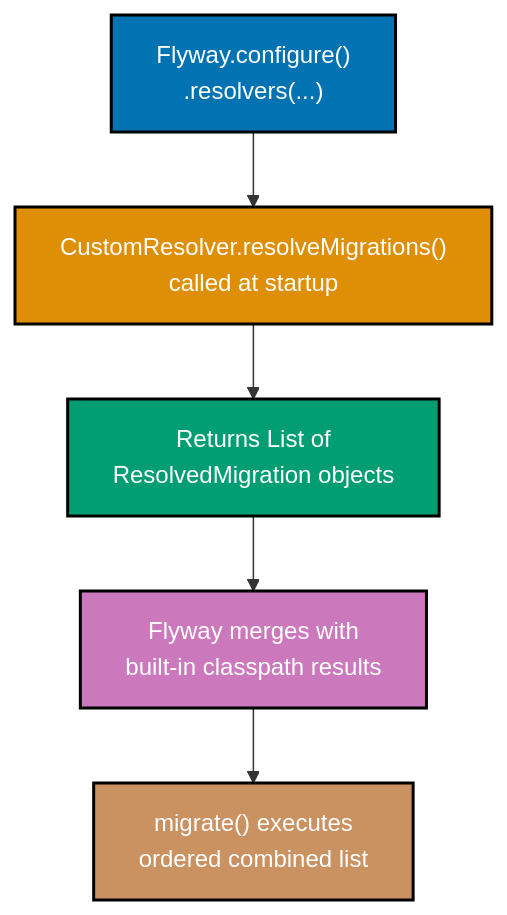
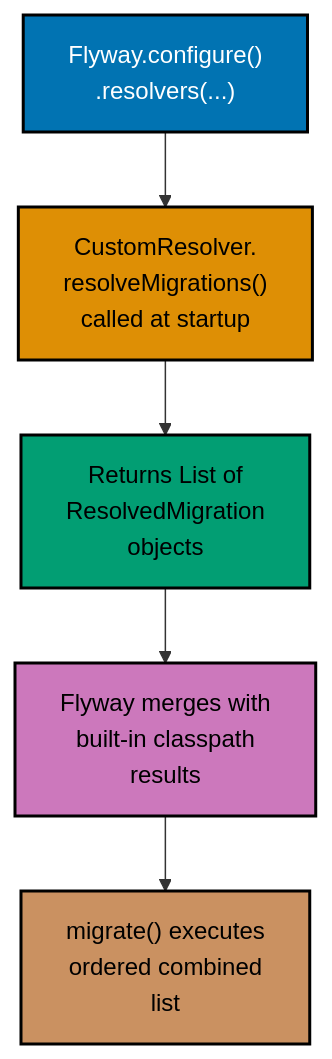
One commit to wahidyankf/ose-public changed the first of 9 diagrams in apps/ayokoding-www/content/en/learn/legacy/software-engineering/data/tools/kotlin-flyway/by-example/advanced.md. Above: the diagram before and after it, drawn with Mermaid. The commit also changed other lines of this file and 131 other files, not shown here.

First line of the commit message:
fix(mermaid): bring the legacy data, infrastructure, and testing diagrams onto the accessible palette

````diff
--- a/apps/ayokoding-www/content/en/learn/legacy/software-engineering/data/tools/kotlin-flyway/by-example/advanced.md
+++ b/apps/ayokoding-www/content/en/learn/legacy/software-engineering/data/tools/kotlin-flyway/by-example/advanced.md
@@ -24,18 +24,21 @@
 ```mermaid
 %% Color Palette: Blue #0173B2, Orange #DE8F05, Teal #029E73, Purple #CC78BC, Brown #CA9161
 %% Custom MigrationResolver integration with Flyway
 graph TD
-    A["Flyway.configure()\n.resolvers(...)"]:::blue
-    B["CustomResolver.resolveMigrations()\ncalled at startup"]:::orange
-    C["Returns List of\nResolvedMigration objects"]:::teal
-    D["Flyway merges with\nbuilt-in classpath results"]:::purple
-    E["migrate() executes\nordered combined list"]:::brown
+    accTitle: Example 61: Custom MigrationResolver
+    accDescr: Graph with 5 nodes and 4 connections. Nodes: Flyway.configure() .resolvers(...), CustomResolver. resolveMigrations() called at startup, Returns List of ResolvedMigration objects, Flyway merges with built-in classpath results, migrate() executes ordered combined list. Connections: Flyway.configure() .resolvers(...) to CustomResolver. resolveMigrations() called at startup, CustomResolver. resolveMigrations() called at startup to Returns List of ResolvedMigration objects, Returns List of ResolvedMigration objects to Flyway merges with built-in classpath results, Flyway merges with built-in classpath results to migrate() executes ordered combined list.
+    A["Flyway.configure()<br/>.resolvers(...)"]:::blue
+    B["CustomResolver.<br/>resolveMigrations()<br/>called at startup"]:::orange
+    C["Returns List of<br/>ResolvedMigration<br/>objects"]:::teal
+    D["Flyway merges with<br/>built-in classpath<br/>results"]:::purple
+    E["migrate() executes<br/>ordered combined<br/>list"]:::brown
 
     A --> B --> C --> D --> E
 
     classDef blue fill:#0173B2,stroke:#000000,color:#FFFFFF,stroke-width:2px
-    classDef orange fill:#DE8F05,stroke:#000000,color:#FFFFFF,stroke-width:2px
-    classDef teal fill:#029E73,stroke:#000000,color:#FFFFFF,stroke-width:2px
-    classDef purple fill:#CC78BC,stroke:#000000,color:#FFFFFF,stroke-width:2px
-    classDef brown fill:#CA9161,stroke:#000000,color:#FFFFFF,stroke-width:2px
+    classDef orange fill:#DE8F05,stroke:#000000,color:#000000,stroke-width:2px
+    classDef teal fill:#029E73,stroke:#000000,color:#000000,stroke-width:2px
+    classDef purple fill:#CC78BC,stroke:#000000,color:#000000,stroke-width:2px
+    classDef brown fill:#CA9161,stroke:#000000,color:#000000,stroke-width:2px
+    classDef default fill:#FFFFFF,stroke:#000000,color:#000000
 ```
````
